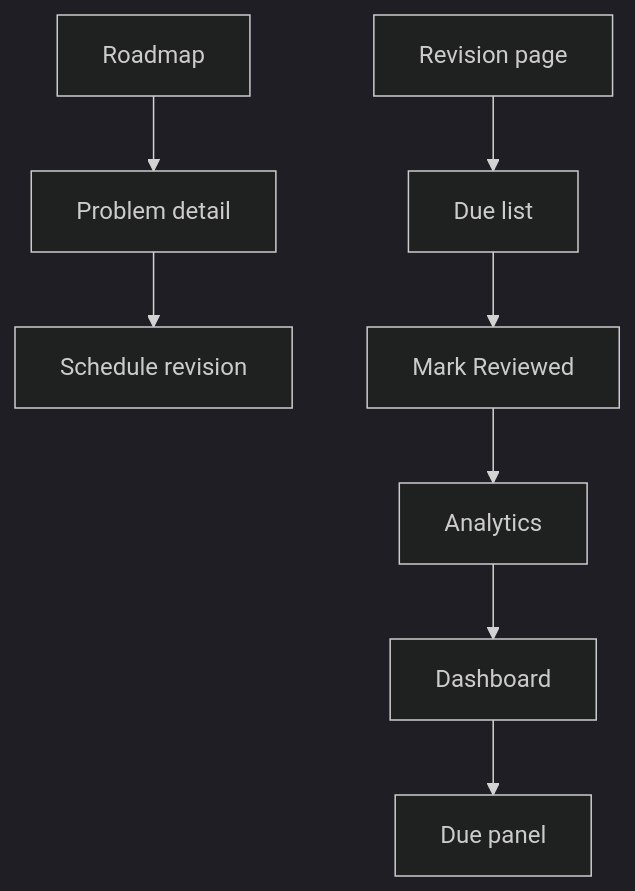
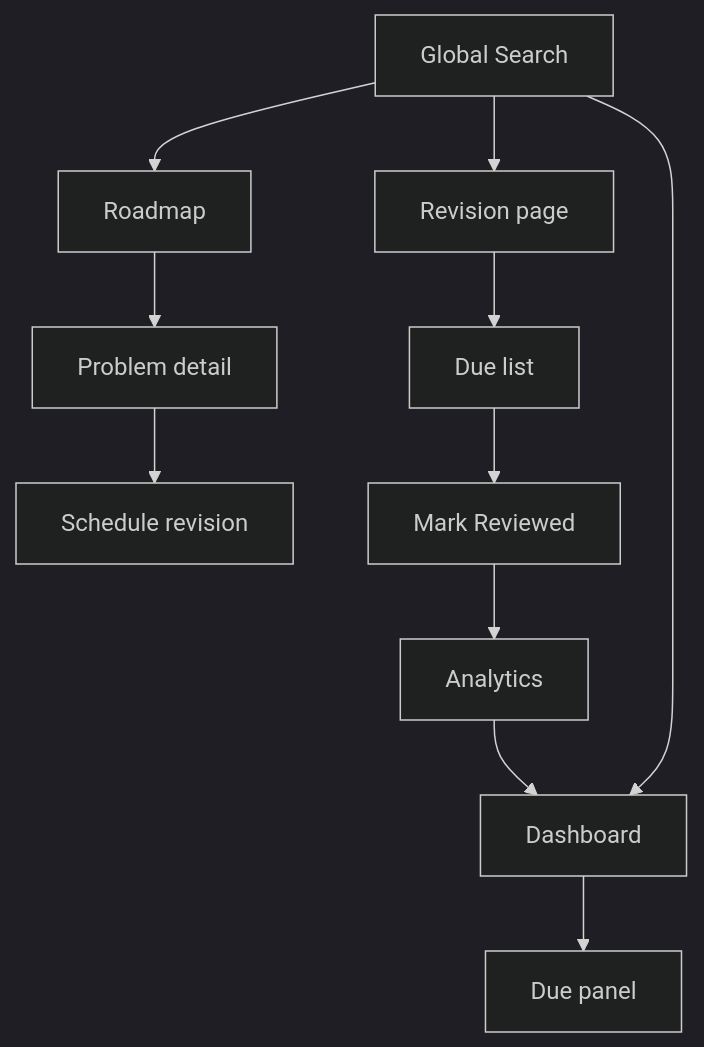
The ninth of 10 diagrams in .qoder/repowiki/en/content/Frontend Application/Revision System.md (iamrituraj/DSA-Tracker), drawn with Mermaid (dark theme) before and after one commit. The commit also changed other lines of this file and 8 other files, not shown here.

````diff
--- a/.qoder/repowiki/en/content/Frontend Application/Revision System.md
+++ b/.qoder/repowiki/en/content/Frontend Application/Revision System.md
@@ -232,10 +284,13 @@
 ```mermaid
 graph TB
 Dashboard["Dashboard"] --> DuePanel["Due panel"]
 Roadmap["Roadmap"] --> ProblemDetail["Problem detail"]
 ProblemDetail --> Schedule["Schedule revision"]
 RevisionPage["Revision page"] --> DueList["Due list"]
 DueList --> Review["Mark Reviewed"]
 Review --> Analytics["Analytics"]
 Analytics --> Dashboard
+GlobalSearch["Global Search"] --> RevisionPage
+GlobalSearch --> Dashboard
+GlobalSearch --> Roadmap
 ```
````
